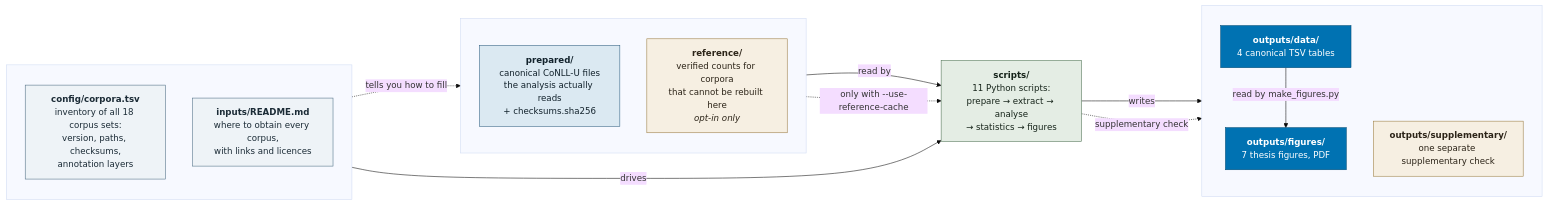
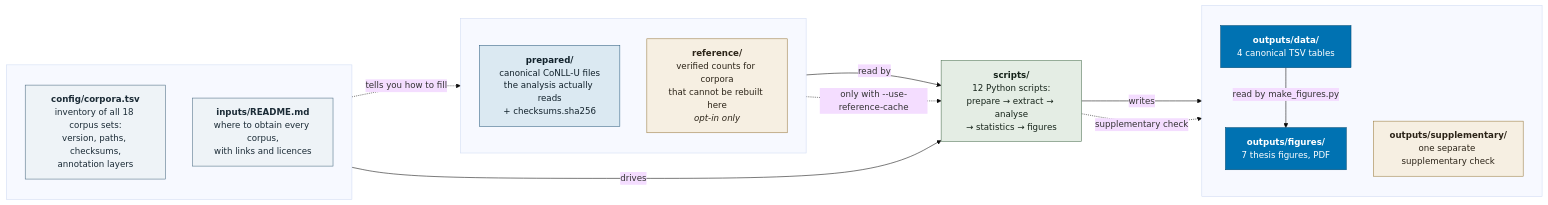
One commit to hulln/sl-word-order-repro changed the first of 2 diagrams in README.md. Above: the diagram before and after it, drawn with Mermaid (base theme). The commit also changed other lines of this file, not shown here.

````diff
--- a/README.md
+++ b/README.md
@@ -63,43 +43,43 @@
 ```mermaid
 flowchart LR
   subgraph DOC[" "]
     direction TB
     CFG["<b>config/corpora.tsv</b><br/>inventory of all 18 corpus sets:<br/>version, paths, checksums,<br/>annotation layers"]
     INP["<b>inputs/README.md</b><br/>where to obtain every corpus,<br/>with links and licences"]
   end
 
   subgraph DATA[" "]
     direction TB
     PREP["<b>prepared/</b><br/>canonical CoNLL-U files<br/>the analysis actually reads<br/>+ checksums.sha256"]
     REF["<b>reference/</b><br/>verified counts for corpora<br/>that cannot be rebuilt here<br/><i>opt-in only</i>"]
   end
 
-  SCR["<b>scripts/</b><br/>11 Python scripts:<br/>prepare → extract → analyse<br/>→ statistics → figures"]
+  SCR["<b>scripts/</b><br/>12 Python scripts:<br/>prepare → extract → analyse<br/>→ statistics → figures"]
 
   subgraph OUT[" "]
     direction TB
     ODATA["<b>outputs/data/</b><br/>4 canonical TSV tables"]
     OFIG["<b>outputs/figures/</b><br/>7 thesis figures, PDF"]
     OSUP["<b>outputs/supplementary/</b><br/>one separate supplementary check"]
   end
 
   CFG -->|"drives"| SCR
   INP -.->|"tells you how to fill"| PREP
   PREP -->|"read by"| SCR
   REF -.->|"only with --use-reference-cache"| SCR
   SCR -->|"writes"| ODATA
   ODATA -->|"read by make_figures.py"| OFIG
   SCR -.->|"supplementary check"| OSUP
 
   classDef doc fill:#eef3f7,stroke:#4a6b82,color:#1b2b36
   classDef data fill:#dbe9f2,stroke:#2f5f80,color:#12222c
   classDef cache fill:#f6efe2,stroke:#9a7b3f,color:#2c2418
   classDef code fill:#e4ede4,stroke:#4a7050,color:#16241a
   classDef out fill:#0072B2,stroke:#004b75,color:#ffffff
   class CFG,INP doc
   class PREP data
   class REF cache
   class SCR code
   class ODATA,OFIG out
   class OSUP cache
 ```
````
